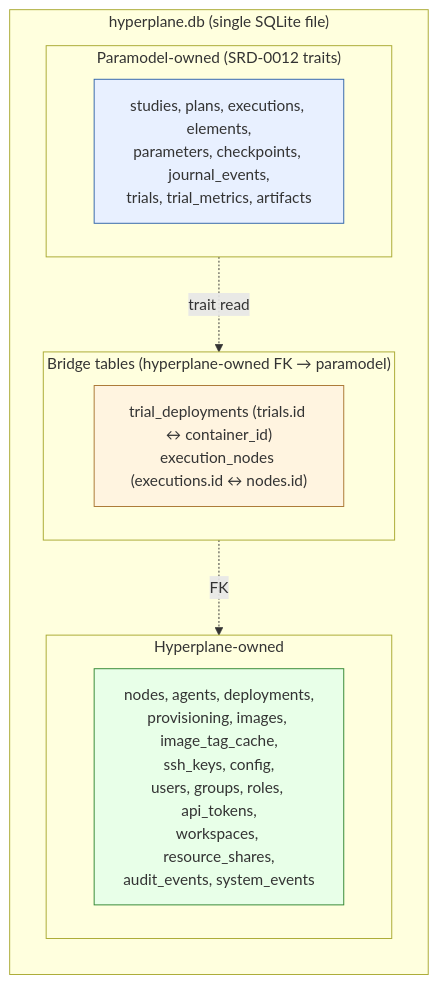
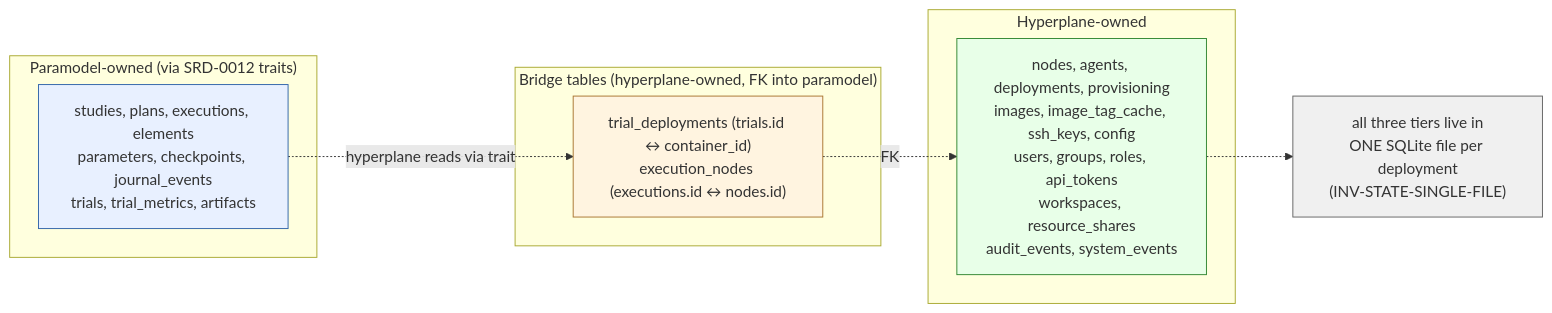
One commit to nosqlbench/hyperplane-rs changed the diagram in docs/design/diagrams/SRD-0101/state-ownership.mmd. Above: the diagram before and after it, drawn with Mermaid. The commit also changed 36 other files, not shown here.

Commit message:
diagram fixes

```diff
--- a/docs/design/diagrams/SRD-0101/state-ownership.mmd
+++ b/docs/design/diagrams/SRD-0101/state-ownership.mmd
@@ -1,24 +1,28 @@
 %% Copyright (c) Jonathan Shook
 %% SPDX-License-Identifier: Apache-2.0
-flowchart TB
-    subgraph DB ["hyperplane.db (single SQLite file)"]
-        direction TB
-        subgraph PM ["Paramodel-owned (SRD-0012 traits)"]
-            PMT["studies, plans, executions, elements,<br/>parameters, checkpoints, journal_events,<br/>trials, trial_metrics, artifacts"]
-        end
-        subgraph BR ["Bridge tables (hyperplane-owned FK → paramodel)"]
-            BRT["trial_deployments (trials.id ↔ container_id)<br/>execution_nodes (executions.id ↔ nodes.id)"]
-        end
-        subgraph HP ["Hyperplane-owned"]
-            HPT["nodes, agents, deployments,<br/>provisioning, images, image_tag_cache,<br/>ssh_keys, config,<br/>users, groups, roles, api_tokens,<br/>workspaces, resource_shares,<br/>audit_events, system_events"]
-        end
-        PM -. "trait read" .-> BR
-        BR -. "FK" .-> HP
+%%{init: {'flowchart': {'nodeSpacing': 40, 'rankSpacing': 60}}}%%
+flowchart LR
+    subgraph PM ["Paramodel-owned (via SRD-0012 traits)"]
+        PMT["studies, plans, executions, elements<br/>parameters, checkpoints, journal_events<br/>trials, trial_metrics, artifacts"]
     end
+    subgraph BR ["Bridge tables (hyperplane-owned, FK into paramodel)"]
+        BRT["trial_deployments (trials.id ↔ container_id)<br/>execution_nodes (executions.id ↔ nodes.id)"]
+    end
+    subgraph HP ["Hyperplane-owned"]
+        HPT["nodes, agents, deployments, provisioning<br/>images, image_tag_cache, ssh_keys, config<br/>users, groups, roles, api_tokens<br/>workspaces, resource_shares<br/>audit_events, system_events"]
+    end
+
+    PMT -. "hyperplane reads via trait" .-> BRT
+    BRT -. "FK" .-> HPT
+
+    Note["all three tiers live in<br/>ONE SQLite file per deployment<br/>(INV-STATE-SINGLE-FILE)"]
+    HPT -.-> Note
 
     classDef paramodel fill:#e8f0ff,stroke:#3366aa
     classDef bridge fill:#fff4e0,stroke:#aa7733
     classDef hyperplane fill:#e8ffe8,stroke:#338833
+    classDef note fill:#f0f0f0,stroke:#666
     class PMT paramodel
     class BRT bridge
     class HPT hyperplane
+    class Note note
```
